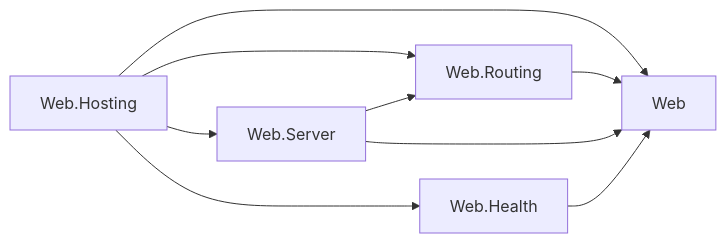
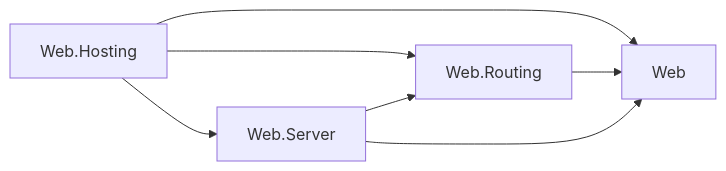
The first of 2 diagrams in docs/dotnet-apis/resources/web/assimalign-cohesion-web-hosting/design.md (assimalign/cohesion-docs), drawn with Mermaid before and after one commit. The commit also changed other lines of this file and 736 other files, not shown here.

````diff
--- a/docs/dotnet-apis/resources/web/assimalign-cohesion-web-hosting/design.md
+++ b/docs/dotnet-apis/resources/web/assimalign-cohesion-web-hosting/design.md
@@ -42,11 +42,9 @@
 ```mermaid
 flowchart LR
     Runtime["Web.Hosting"] --> Root["Web"]
     Runtime --> Routing["Web.Routing"]
     Runtime --> Server["Web.Server"]
-    Runtime --> Health["Web.Health"]
     Routing --> Root
     Server --> Root
     Server --> Routing
-    Health --> Root
 ```
````
